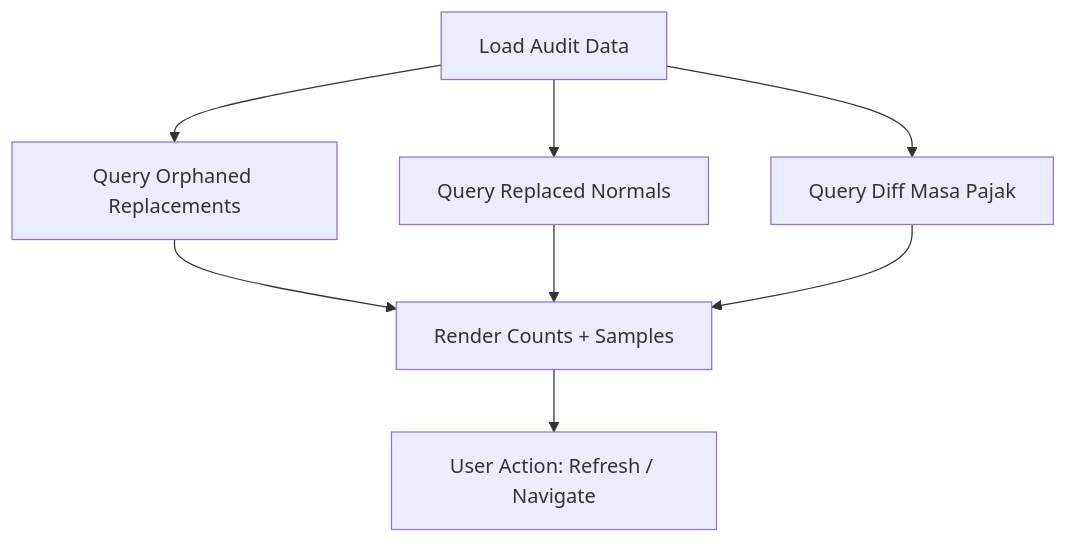
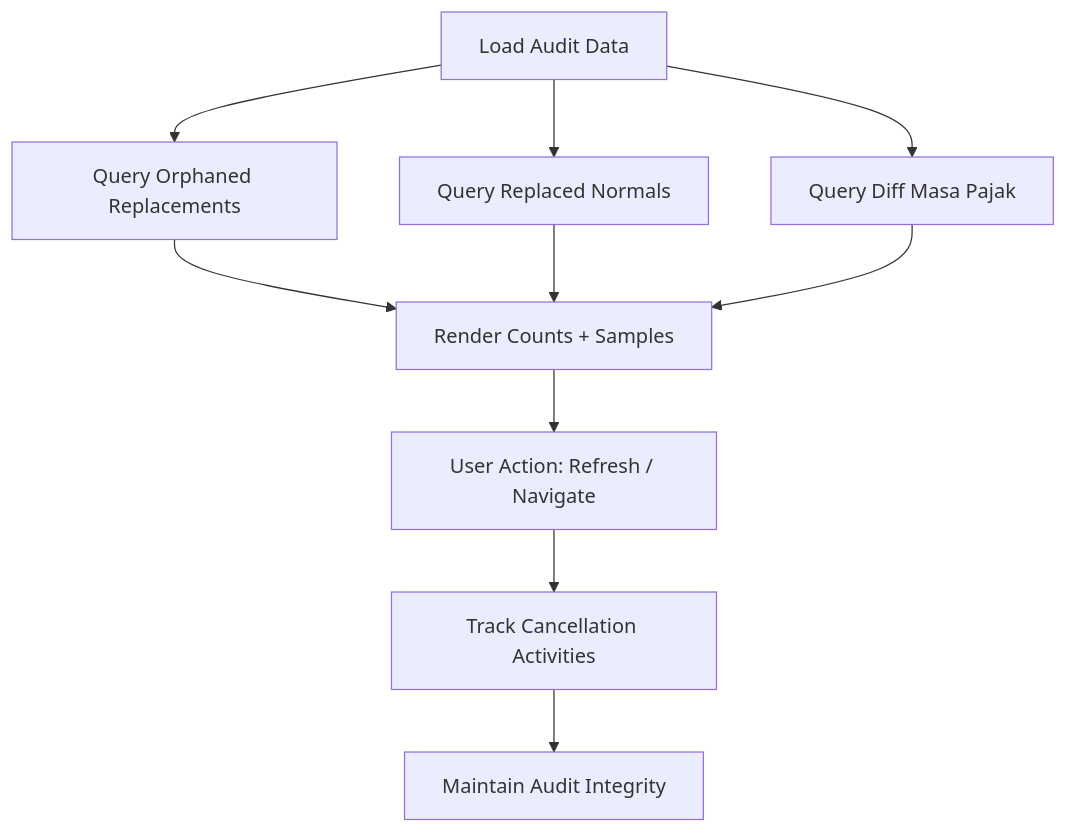
Before and after one commit to rendisiagian/TDS_by_RENDISIAGIAN: the fourth of 6 diagrams in .qoder/repowiki/en/content/VAT Management System/VAT Input (VAT IN).md, drawn with Mermaid. The commit also changed other lines of this file and 38 other files, not shown here.

````diff
--- a/.qoder/repowiki/en/content/VAT Management System/VAT Input (VAT IN).md
+++ b/.qoder/repowiki/en/content/VAT Management System/VAT Input (VAT IN).md
@@ -173,10 +207,12 @@
 ```mermaid
 flowchart TD
 A["Load Audit Data"] --> B["Query Orphaned Replacements"]
 A --> C["Query Replaced Normals"]
 A --> D["Query Diff Masa Pajak"]
 B --> E["Render Counts + Samples"]
 C --> E
 D --> E
 E --> F["User Action: Refresh / Navigate"]
+F --> G["Track Cancellation Activities"]
+G --> H["Maintain Audit Integrity"]
 ```
````
